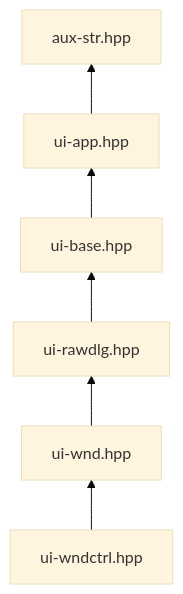
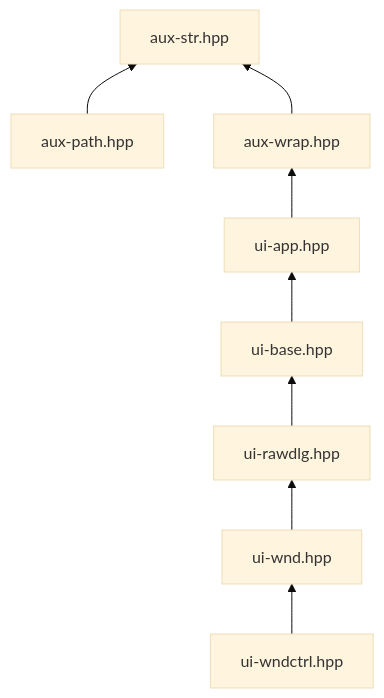
Before and after one commit to rodrigocfd/winlamb: the diagram in src/winlamb/includes.md, drawn with Mermaid (base theme). The commit also changed 3 other files, not shown here.

````diff
--- a/src/winlamb/includes.md
+++ b/src/winlamb/includes.md
@@ -3,8 +3,10 @@
 ```mermaid
 flowchart BT
-    ui-app.hpp --> aux-str.hpp
+    aux-path.hpp --> aux-str.hpp
+    aux-wrap.hpp --> aux-str.hpp
+    ui-app.hpp --> aux-wrap.hpp
     ui-base.hpp --> ui-app.hpp
     ui-rawdlg.hpp --> ui-base.hpp
     ui-wnd.hpp --> ui-rawdlg.hpp
     ui-wndctrl.hpp --> ui-wnd.hpp
 ```
````
